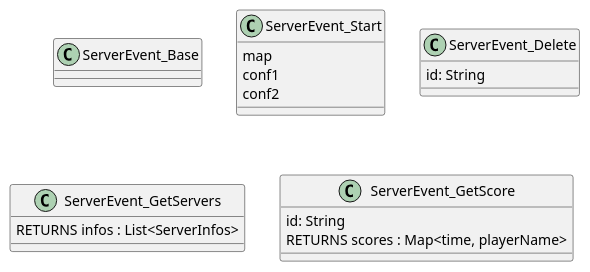
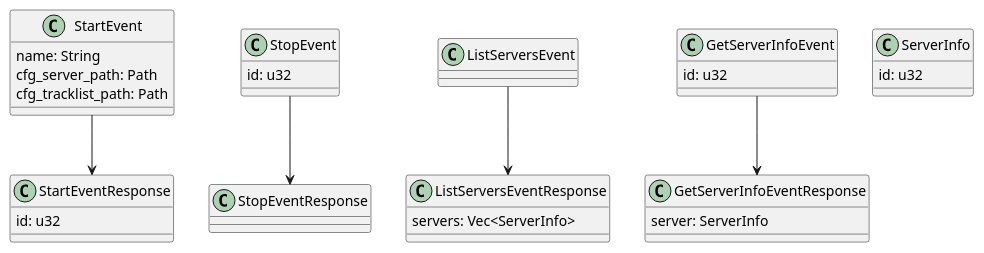
One commit to vocthor/VroomVroomGoesBrrr changed the diagram in VroomVroomServer/doc/event.plantuml. Above: the diagram before and after it, drawn with PlantUML. The commit also changed 11 other files, not shown here.

```diff
--- a/VroomVroomServer/doc/event.plantuml
+++ b/VroomVroomServer/doc/event.plantuml
@@ -1,22 +1,42 @@
 @startuml
 
-class ServerEvent_Base {}
+class StartEvent {
+    name: String
+    cfg_server_path: Path
+    cfg_tracklist_path: Path
+}
+class StartEventResponse {
+    id: u32
+}
 
-class ServerEvent_Start {
-    map
-    conf1
-    conf2
+class StopEvent {
+    id: u32
 }
-class ServerEvent_Delete {
-    id: String
+class StopEventResponse {
 }
-class ServerEvent_GetServers {
-    RETURNS infos : List<ServerInfos>
+
+class ListServersEvent {
 }
-class ServerEvent_GetScore {
-    id: String
-    RETURNS scores : Map<time, playerName>
+class ListServersEventResponse {
+    servers: Vec<ServerInfo>
 }
+
+class GetServerInfoEvent {
+    id: u32
+}
+class GetServerInfoEventResponse {
+    server: ServerInfo
+}
+
+' Use Server instead ?
+class ServerInfo {
+    id: u32
+}
+
+StartEvent --> StartEventResponse
+StopEvent --> StopEventResponse
+ListServersEvent --> ListServersEventResponse
+GetServerInfoEvent --> GetServerInfoEventResponse
 
 
 @enduml
```
